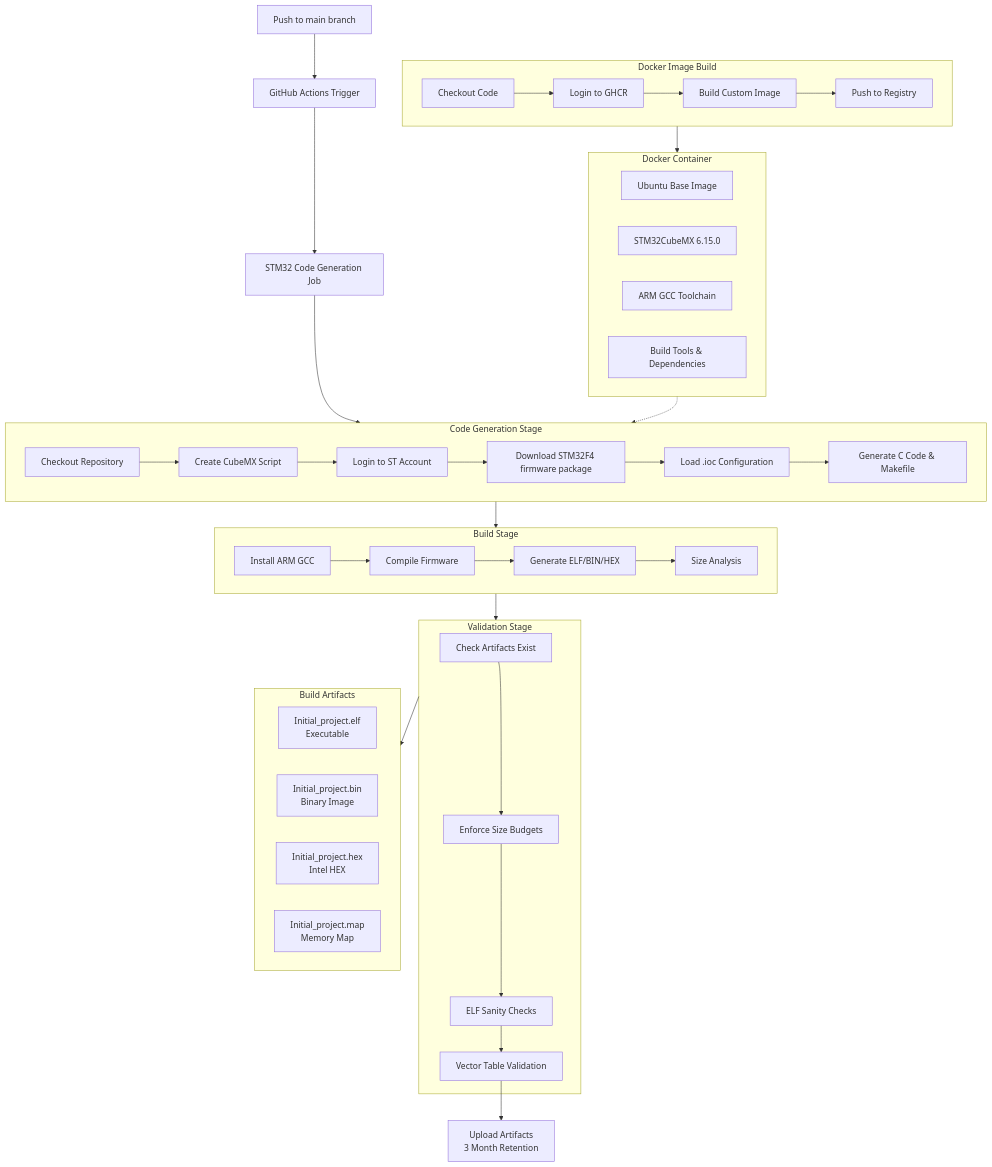
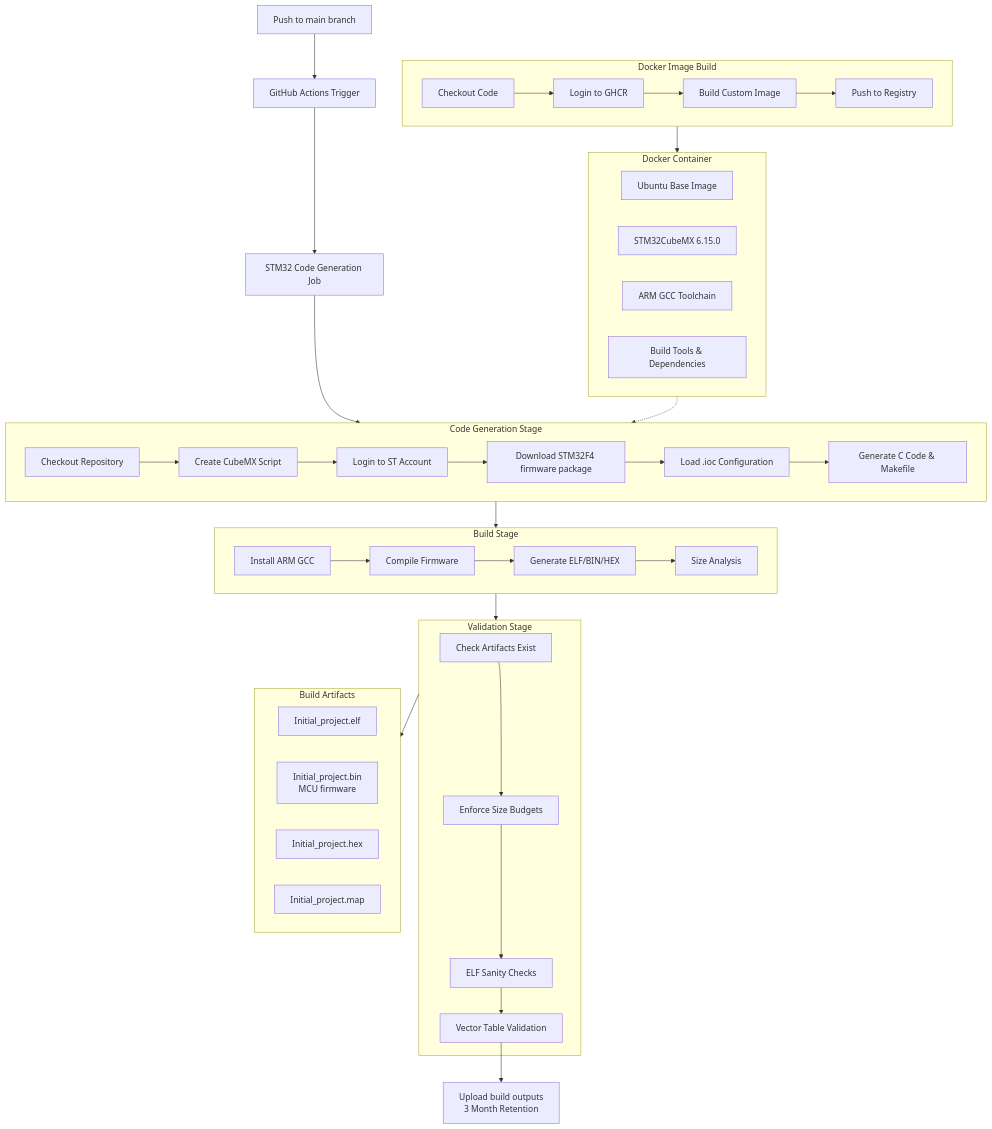
The diagram in .github/workflows/README.md (Torchikaii/STM32-AWS), drawn with Mermaid before and after one commit. The commit also changed other lines of this file and 1 other file, not shown here.

````diff
--- a/.github/workflows/README.md
+++ b/.github/workflows/README.md
@@ -7,55 +9,55 @@
 ```mermaid
 flowchart TD
     A[Push to main branch] --> B[GitHub Actions Trigger]
     B --> C[STM32 Code Generation Job]
     
     subgraph DOCKER["Docker Image Build"]
         D1[Checkout Code] --> D2[Login to GHCR]
         D2 --> D3[Build Custom Image]
         D3 --> D4[Push to Registry]
     end
     
     subgraph GENERATION["Code Generation Stage"]
         E[Checkout Repository] --> F[Create CubeMX Script]
         F --> G[Login to ST Account]
         G --> H[Download STM32F4 firmware package]
         H --> I[Load .ioc Configuration]
         I --> J[Generate C Code & Makefile]
     end
     
     subgraph BUILD["Build Stage"]
         K[Install ARM GCC] --> L[Compile Firmware]
         L --> M[Generate ELF/BIN/HEX]
         M --> N[Size Analysis]
     end
     
     subgraph VALIDATION["Validation Stage"]
         O[Check Artifacts Exist] --> P[Enforce Size Budgets]
         P --> Q[ELF Sanity Checks]
         Q --> R[Vector Table Validation]
     end
     
     subgraph CONTAINER["Docker Container"]
         S[Ubuntu Base Image]
         T[STM32CubeMX 6.15.0]
         U[ARM GCC Toolchain]
         V[Build Tools & Dependencies]
     end
     
     subgraph ARTIFACTS["Build Artifacts"]
-        W[Initial_project.elf<br/>Executable]
-        X[Initial_project.bin<br/>Binary Image]
-        Y[Initial_project.hex<br/>Intel HEX]
-        Z[Initial_project.map<br/>Memory Map]
+        W[Initial_project.elf]
+        X[Initial_project.bin<br/>MCU firmware]
+        Y[Initial_project.hex]
+        Z[Initial_project.map]
     end
     
     C --> GENERATION
     GENERATION --> BUILD
     BUILD --> VALIDATION
     VALIDATION --> ARTIFACTS
     
     DOCKER --> CONTAINER
     CONTAINER -.-> GENERATION
     
-    R --> AA[Upload Artifacts<br/>3 Month Retention]
+    R --> AA[Upload build outputs<br/>3 Month Retention]
 ```
````
